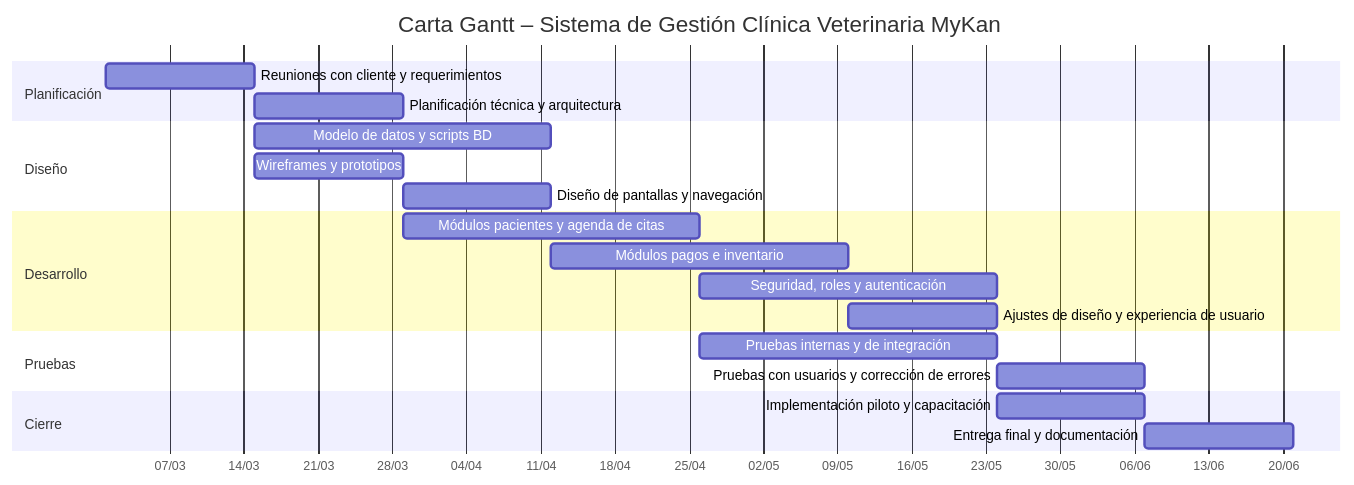
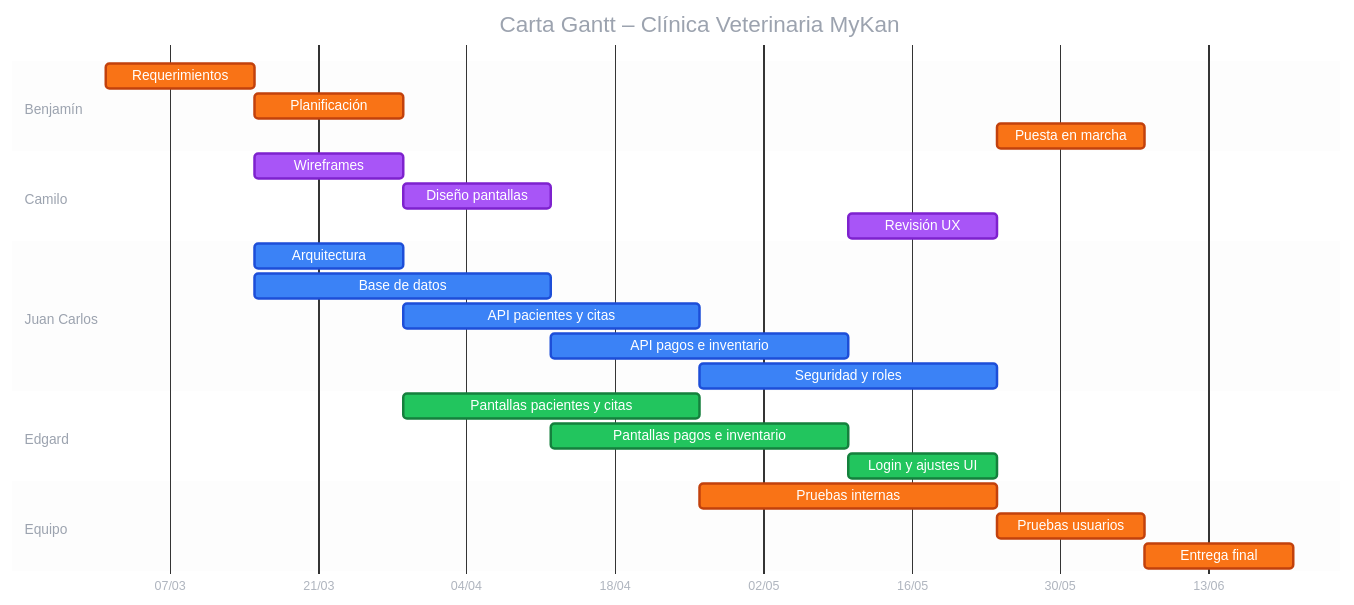
One commit to LibreLabsprojects/MyKan changed the diagram in PLANIFICACION.md. Above: the diagram before and after it, drawn with Mermaid. The commit also changed other lines of this file, not shown here.

````diff
--- a/PLANIFICACION.md
+++ b/PLANIFICACION.md
@@ -18,29 +9,35 @@
 ```mermaid
+%%{init: {"theme":"base","themeVariables":{"taskBkgColor":"#3b82f6","taskBorderColor":"#1d4ed8","activeTaskBkgColor":"#22c55e","activeTaskBorderColor":"#15803d","doneTaskBkgColor":"#a855f7","doneTaskBorderColor":"#7e22ce","critBkgColor":"#f97316","critBorderColor":"#c2410c","taskTextColor":"#ffffff","taskTextLightColor":"#ffffff","taskTextDarkColor":"#ffffff","taskTextOutsideColor":"#9ca3af","sectionBkgColor":"#80808018","altSectionBkgColor":"#80808005","sectionBkgColor2":"#80808018","gridColor":"#80808055","titleColor":"#9ca3af","textColor":"#9ca3af","todayLineColor":"transparent"}}}%%
 gantt
-    title Carta Gantt – Sistema de Gestión Clínica Veterinaria MyKan
+    title Carta Gantt – Clínica Veterinaria MyKan
     dateFormat YYYY-MM-DD
     axisFormat %d/%m
+    tickInterval 2week
 
-    section Planificación
-    Reuniones con cliente y requerimientos      :t1, 2027-03-01, 2w
-    Planificación técnica y arquitectura        :t2, 2027-03-15, 2w
+    section Benjamín
+    Requerimientos            :crit, t1, 2027-03-01, 2w
+    Planificación             :crit, t2, 2027-03-15, 2w
+    Puesta en marcha          :crit, t3, 2027-05-24, 2w
 
-    section Diseño
-    Modelo de datos y scripts BD                :t3, 2027-03-15, 4w
-    Wireframes y prototipos                     :t4, 2027-03-15, 2w
-    Diseño de pantallas y navegación            :t5, 2027-03-29, 2w
+    section Camilo
+    Wireframes                :done, t4, 2027-03-15, 2w
+    Diseño pantallas          :done, t5, 2027-03-29, 2w
+    Revisión UX               :done, t6, 2027-05-10, 2w
 
-    section Desarrollo
-    Módulos pacientes y agenda de citas         :t6, 2027-03-29, 4w
-    Módulos pagos e inventario                  :t7, 2027-04-12, 4w
-    Seguridad, roles y autenticación            :t8, 2027-04-26, 4w
-    Ajustes de diseño y experiencia de usuario  :t9, 2027-05-10, 2w
+    section Juan Carlos
+    Arquitectura              :t7, 2027-03-15, 2w
+    Base de datos             :t8, 2027-03-15, 4w
+    API pacientes y citas     :t9, 2027-03-29, 4w
+    API pagos e inventario    :t10, 2027-04-12, 4w
+    Seguridad y roles         :t11, 2027-04-26, 4w
 
-    section Pruebas
-    Pruebas internas y de integración           :t10, 2027-04-26, 4w
-    Pruebas con usuarios y corrección de errores :t11, 2027-05-24, 2w
+    section Edgard
+    Pantallas pacientes y citas   :active, t12, 2027-03-29, 4w
+    Pantallas pagos e inventario  :active, t13, 2027-04-12, 4w
+    Login y ajustes UI            :active, t14, 2027-05-10, 2w
 
-    section Cierre
-    Implementación piloto y capacitación        :t12, 2027-05-24, 2w
-    Entrega final y documentación               :t13, 2027-06-07, 2w
+    section Equipo
+    Pruebas internas          :crit, t15, 2027-04-26, 4w
+    Pruebas usuarios          :crit, t16, 2027-05-24, 2w
+    Entrega final             :crit, t17, 2027-06-07, 2w
 ```
````
